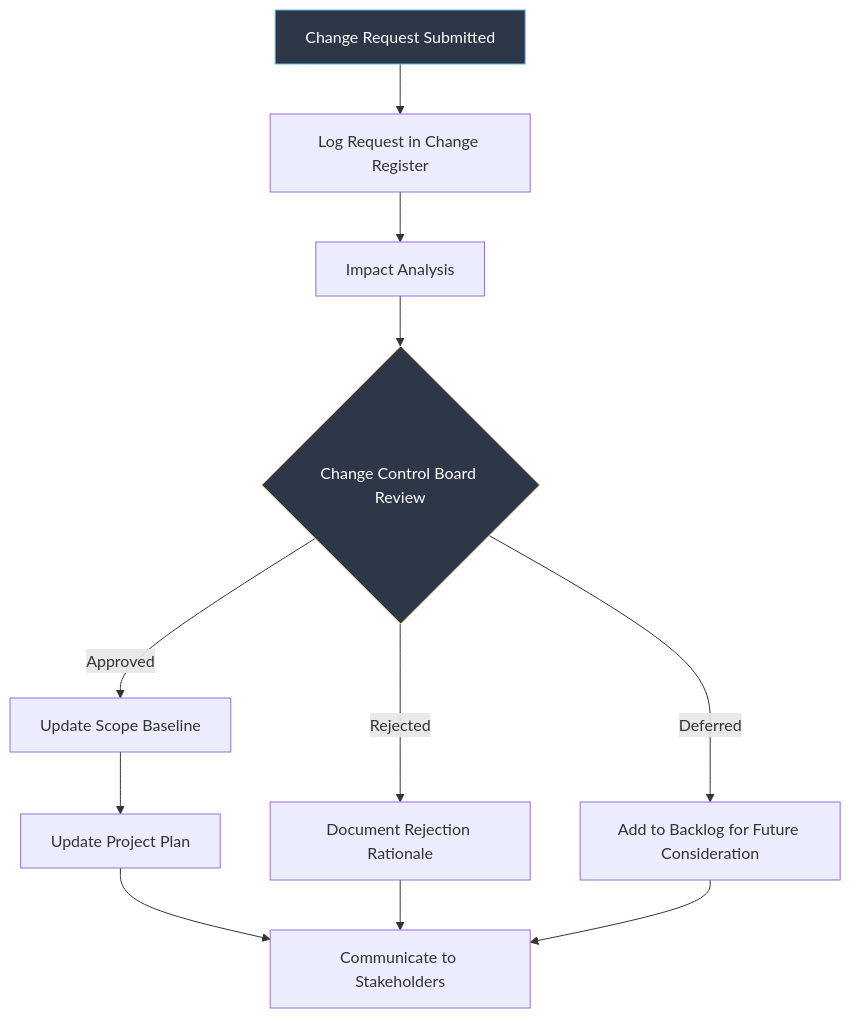
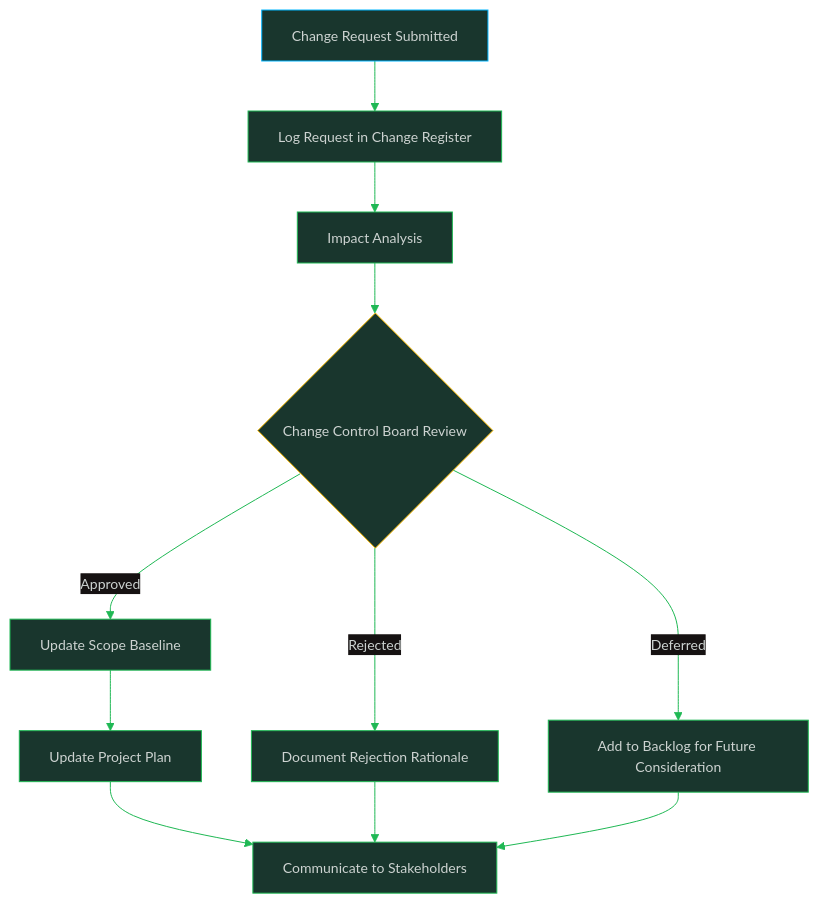
The third of 3 diagrams in software-engineering-note/09_Software_Engineering_Management/06_Project_Initiation_and_Scope.md (oat431/swe-knowledge), drawn with Mermaid before and after one commit. The commit also changed other lines of this file and 11 other files, not shown here.

````diff
--- a/software-engineering-note/09_Software_Engineering_Management/06_Project_Initiation_and_Scope.md
+++ b/software-engineering-note/09_Software_Engineering_Management/06_Project_Initiation_and_Scope.md
@@ -289,16 +293,17 @@
 ```mermaid
+%%{init: {'theme':'base','themeVariables':{'primaryColor':'#19362D','primaryTextColor':'#CDD3D1','primaryBorderColor':'#1FB854','lineColor':'#1FB854','secondaryColor':'#161212','tertiaryColor':'#1B1717','background':'#1B1717','mainBkg':'#19362D','nodeBorder':'#1FB854','clusterBkg':'#161212','clusterBorder':'#19362D','titleColor':'#1FB854','edgeLabelBackground':'#161212','fontSize':'14px'}}}%%
 graph TD
     A[Change Request Submitted] --> B[Log Request in Change Register]
     B --> C[Impact Analysis]
     C --> D{Change Control Board Review}
     D -->|Approved| E[Update Scope Baseline]
     D -->|Rejected| F[Document Rejection Rationale]
     D -->|Deferred| G[Add to Backlog for Future Consideration]
     E --> H[Update Project Plan]
     H --> I[Communicate to Stakeholders]
     F --> I
     G --> I
 
-    style A fill:#2d3748,stroke:#63b3ed,color:#fff
-    style D fill:#2d3748,stroke:#fbd38d,color:#fff
+    style A fill:#19362D,stroke:#00B5FF,color:#CDD3D1
+    style D fill:#19362D,stroke:#FFBE00,color:#CDD3D1
 ```
````
